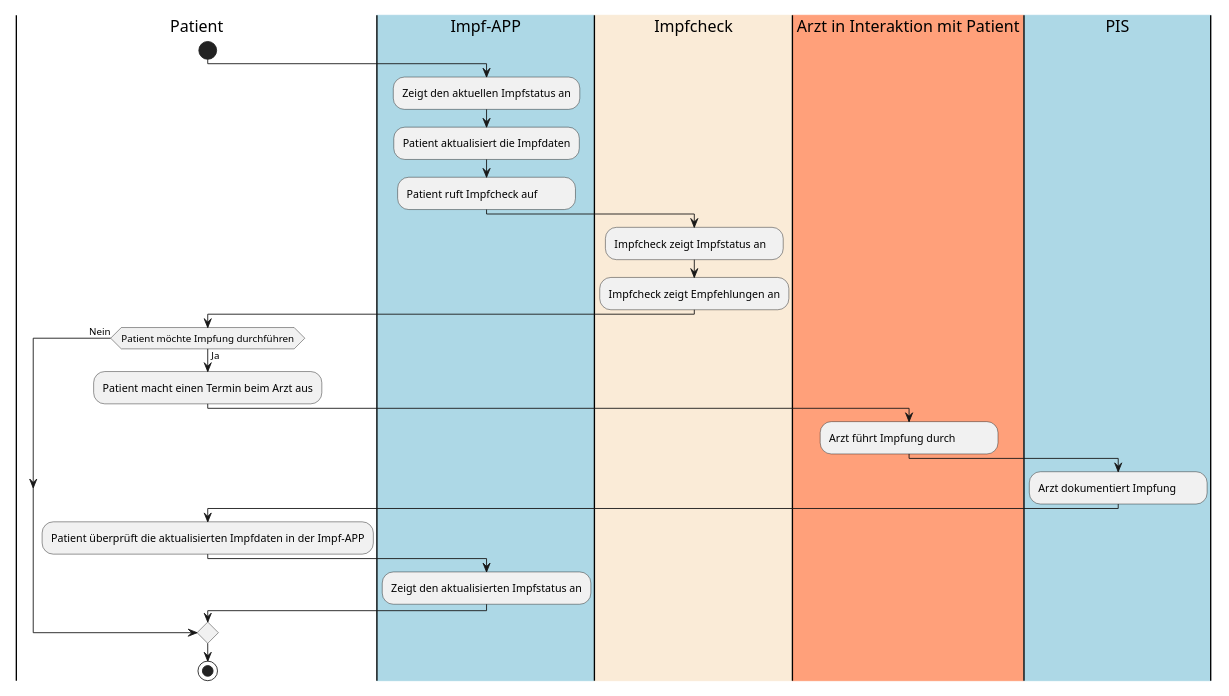
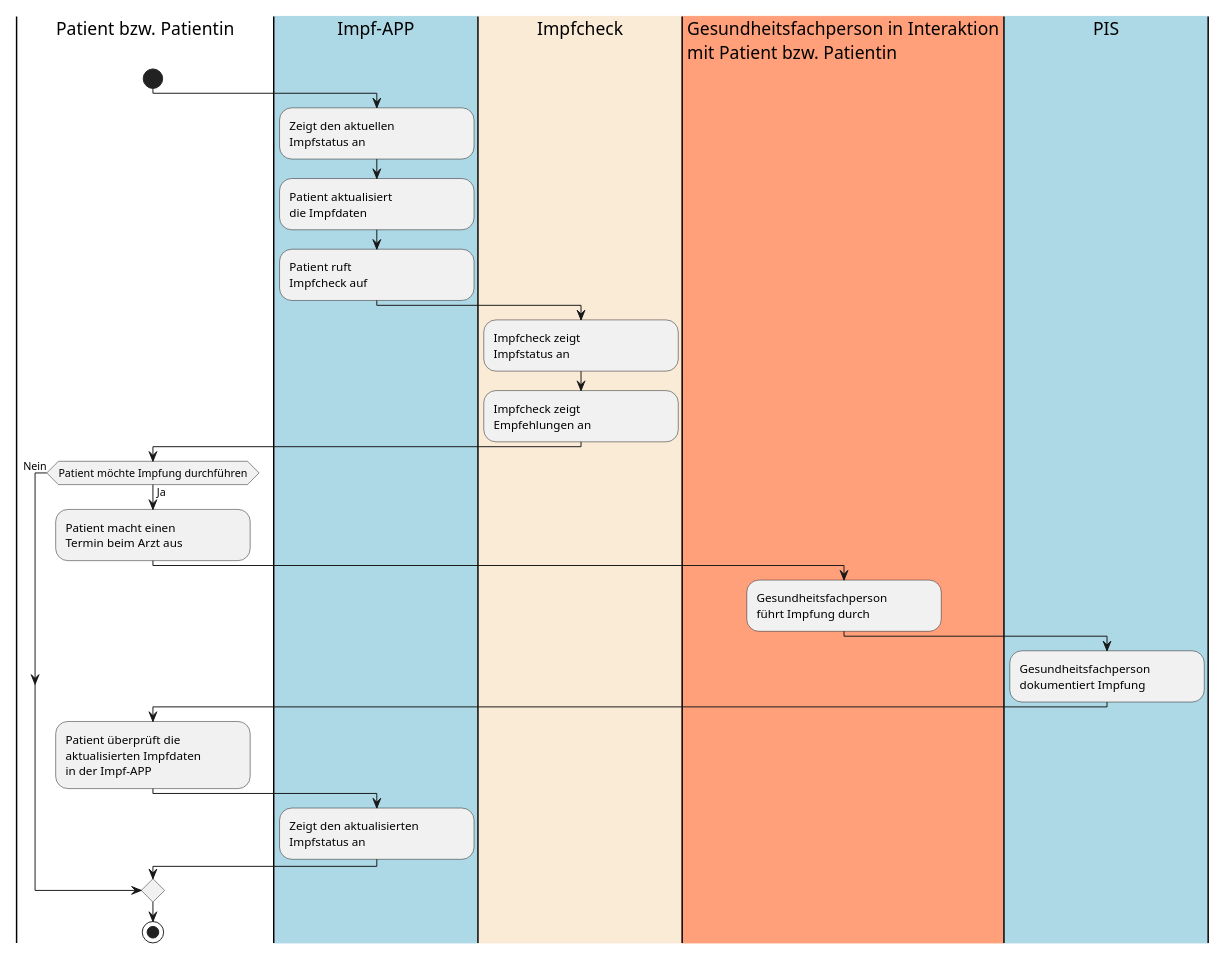
One commit to hl7ch/ch-vacd changed the diagram in input/images-source/use-case-14-impfcheck-patient-de.plantuml. Above: the diagram before and after it, drawn with PlantUML. The commit also changed 3 other files, not shown here.

Commit message:
genderize the diagrams (#379)

```diff
--- a/input/images-source/use-case-14-impfcheck-patient-de.plantuml
+++ b/input/images-source/use-case-14-impfcheck-patient-de.plantuml
@@ -1,36 +1,36 @@
 @startuml
 scale max 800 width
 <style>
 element {MinimumWidth 200}
 </style>
 
-|Patient|
+|Patient bzw. Patientin|
 start
 |#LightBlue|Impf-APP|
-:Zeigt den aktuellen Impfstatus an;
-:Patient aktualisiert die Impfdaten; 
-:Patient ruft Impfcheck auf;
+:Zeigt den aktuellen\nImpfstatus an;
+:Patient aktualisiert\ndie Impfdaten; 
+:Patient ruft\nImpfcheck auf;
 
 |#AntiqueWhite|Impfcheck|
-:Impfcheck zeigt Impfstatus an;
-:Impfcheck zeigt Empfehlungen an;
+:Impfcheck zeigt\nImpfstatus an;
+:Impfcheck zeigt\nEmpfehlungen an;
 
-|Patient|
+|Patient bzw. Patientin|
 if (Patient möchte Impfung durchführen) then (Ja)
-  :Patient macht einen Termin beim Arzt aus;
-  |#LightSalmon|Arzt in Interaktion mit Patient|
-  :Arzt führt Impfung durch;
+  :Patient macht einen\nTermin beim Arzt aus;
+  |#LightSalmon|Gesundheitsfachperson in Interaktion\nmit Patient bzw. Patientin|
+  :Gesundheitsfachperson\nführt Impfung durch;
   |#LightBlue|PIS|
-  :Arzt dokumentiert Impfung;
-  |Patient|
-  :Patient überprüft die aktualisierten Impfdaten in der Impf-APP;
+  :Gesundheitsfachperson\ndokumentiert Impfung;
+  |Patient bzw. Patientin|
+  :Patient überprüft die\naktualisierten Impfdaten\nin der Impf-APP;
   |Impf-APP|
-  :Zeigt den aktualisierten Impfstatus an;
+  :Zeigt den aktualisierten\nImpfstatus an;
 else (Nein)
 
 endif
-|Patient|
+|Patient bzw. Patientin|
 stop
 
 
 @enduml
```
